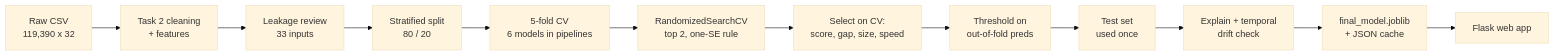
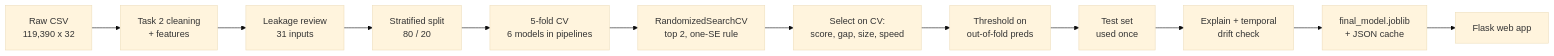
The diagram in README.md (Krishna141414/hotel-cancellation-prediction), drawn with Mermaid (base theme) before and after one commit. The commit also changed other lines of this file and 2 other files, not shown here.

````diff
--- a/README.md
+++ b/README.md
@@ -65,14 +67,14 @@
 ```mermaid
 flowchart LR
     A[Raw CSV<br/>119,390 x 32] --> B[Task 2 cleaning<br/>+ features]
-    B --> C[Leakage review<br/>33 inputs]
+    B --> C[Leakage review<br/>31 inputs]
     C --> D[Stratified split<br/>80 / 20]
     D --> E[5-fold CV<br/>6 models in pipelines]
     E --> F[RandomizedSearchCV<br/>top 2, one-SE rule]
     F --> G[Select on CV:<br/>score, gap, size, speed]
     G --> H[Threshold on<br/>out-of-fold preds]
     H --> I[Test set<br/>used once]
     I --> J[Explain + temporal<br/>drift check]
     J --> K[final_model.joblib<br/>+ JSON cache]
     K --> L[Flask web app]
 ```
````
